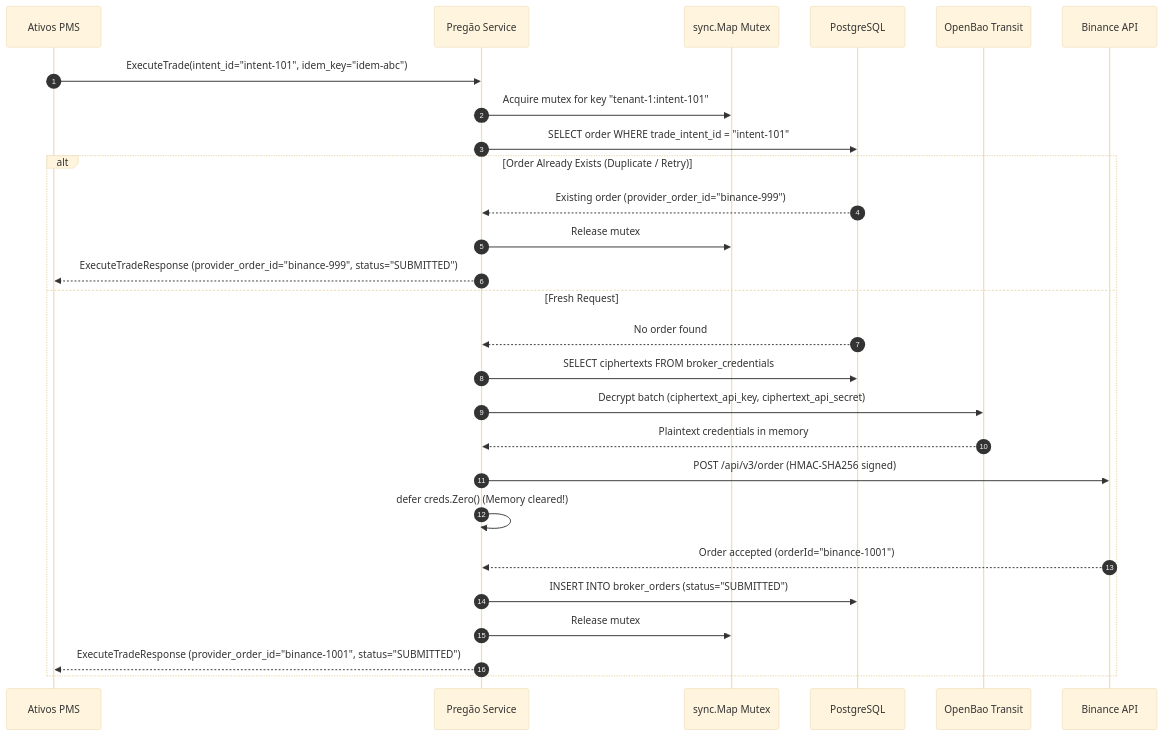
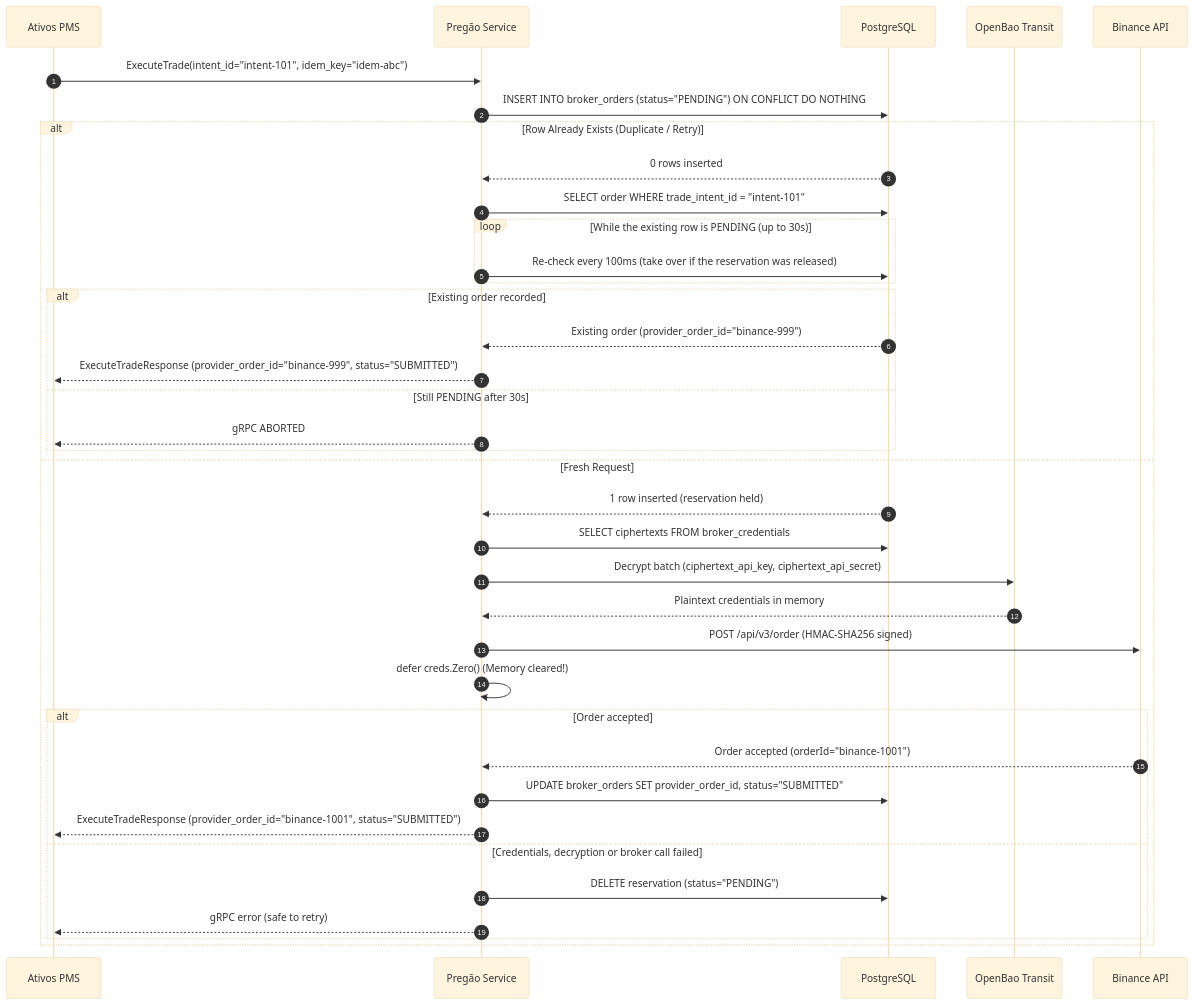
One commit to akhiljames/pregao changed the fourth of 6 diagrams in docs/INTEGRATION_GUIDE.md. Above: the diagram before and after it, drawn with Mermaid (base theme). The commit also changed other lines of this file and 12 other files, not shown here.

First line of the commit message:
fix(service): replace in-memory execution locks with PostgreSQL order reservation

````diff
--- a/docs/INTEGRATION_GUIDE.md
+++ b/docs/INTEGRATION_GUIDE.md
@@ -379,30 +382,40 @@
 ```mermaid
 sequenceDiagram
     autonumber
     participant Ativos as Ativos PMS
     participant Pregao as Pregão Service
-    participant Locks as sync.Map Mutex
     participant DB as PostgreSQL
     participant Vault as OpenBao Transit
     participant Binance as Binance API
 
     Ativos->>Pregao: ExecuteTrade(intent_id="intent-101", idem_key="idem-abc")
-    Pregao->>Locks: Acquire mutex for key "tenant-1:intent-101"
-    Pregao->>DB: SELECT order WHERE trade_intent_id = "intent-101"
-    alt Order Already Exists (Duplicate / Retry)
-        DB-->>Pregao: Existing order (provider_order_id="binance-999")
-        Pregao->>Locks: Release mutex
-        Pregao-->>Ativos: ExecuteTradeResponse (provider_order_id="binance-999", status="SUBMITTED")
+    Pregao->>DB: INSERT INTO broker_orders (status="PENDING") ON CONFLICT DO NOTHING
+    alt Row Already Exists (Duplicate / Retry)
+        DB-->>Pregao: 0 rows inserted
+        Pregao->>DB: SELECT order WHERE trade_intent_id = "intent-101"
+        loop While the existing row is PENDING (up to 30s)
+            Pregao->>DB: Re-check every 100ms (take over if the reservation was released)
+        end
+        alt Existing order recorded
+            DB-->>Pregao: Existing order (provider_order_id="binance-999")
+            Pregao-->>Ativos: ExecuteTradeResponse (provider_order_id="binance-999", status="SUBMITTED")
+        else Still PENDING after 30s
+            Pregao-->>Ativos: gRPC ABORTED
+        end
     else Fresh Request
-        DB-->>Pregao: No order found
+        DB-->>Pregao: 1 row inserted (reservation held)
         Pregao->>DB: SELECT ciphertexts FROM broker_credentials
         Pregao->>Vault: Decrypt batch (ciphertext_api_key, ciphertext_api_secret)
         Vault-->>Pregao: Plaintext credentials in memory
         Pregao->>Binance: POST /api/v3/order (HMAC-SHA256 signed)
         Pregao->>Pregao: defer creds.Zero() (Memory cleared!)
-        Binance-->>Pregao: Order accepted (orderId="binance-1001")
-        Pregao->>DB: INSERT INTO broker_orders (status="SUBMITTED")
-        Pregao->>Locks: Release mutex
-        Pregao-->>Ativos: ExecuteTradeResponse (provider_order_id="binance-1001", status="SUBMITTED")
+        alt Order accepted
+            Binance-->>Pregao: Order accepted (orderId="binance-1001")
+            Pregao->>DB: UPDATE broker_orders SET provider_order_id, status="SUBMITTED"
+            Pregao-->>Ativos: ExecuteTradeResponse (provider_order_id="binance-1001", status="SUBMITTED")
+        else Credentials, decryption or broker call failed
+            Pregao->>DB: DELETE reservation (status="PENDING")
+            Pregao-->>Ativos: gRPC error (safe to retry)
+        end
     end
 ```
````
